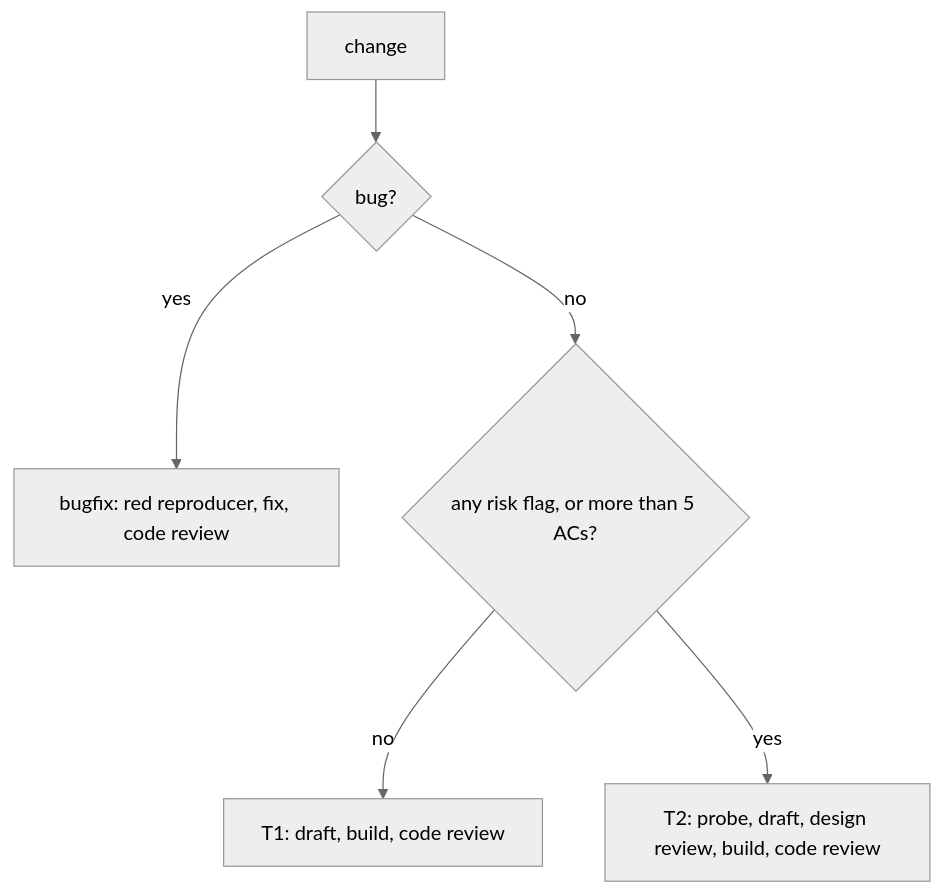
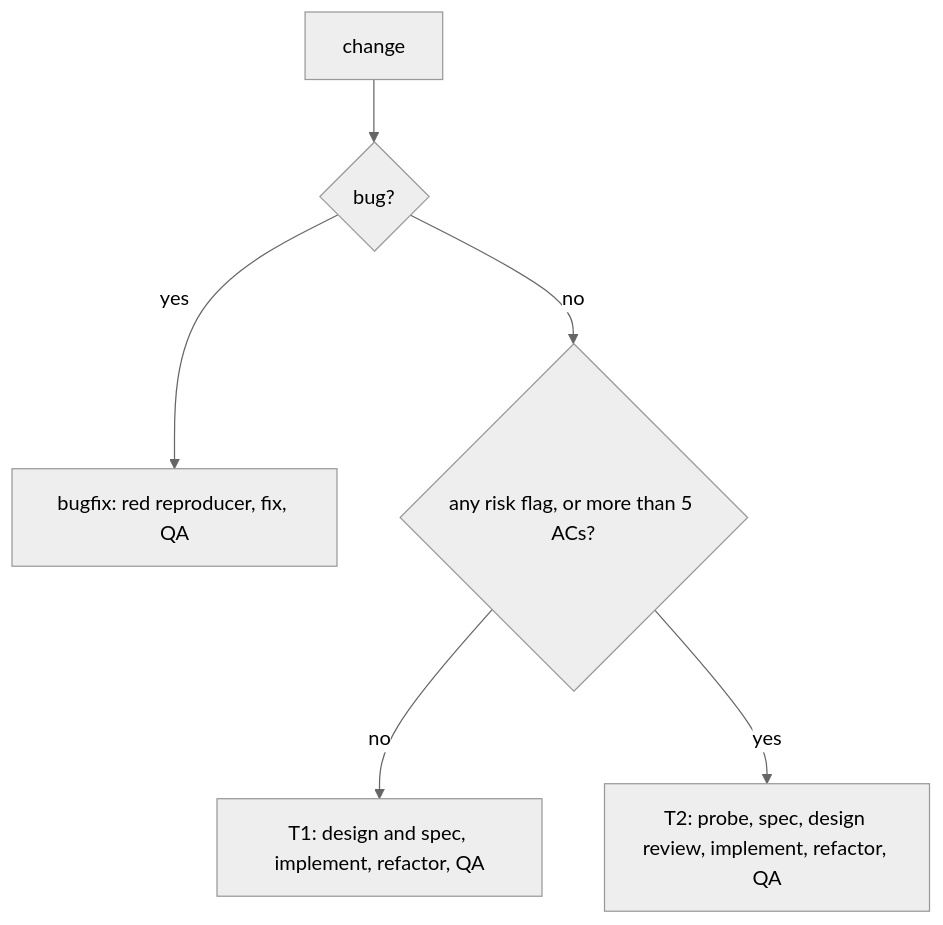
One commit to sibulus13/claudence changed the diagram in skills/dark-factory/SPEC-STANDARD-V3.md. Above: the diagram before and after it, drawn with Mermaid (neutral theme). The commit also changed other lines of this file and 4 other files, not shown here.

First line of the commit message:
docs: adopt the five-stage flow; QA replaces code review; findings block on likelihood and severity (D76)

````diff
--- a/skills/dark-factory/SPEC-STANDARD-V3.md
+++ b/skills/dark-factory/SPEC-STANDARD-V3.md
@@ -3,8 +3,8 @@
 ```mermaid
 flowchart TD
   C["change"] --> K{"bug?"}
-  K -- "yes" --> B["bugfix: red reproducer, fix, code review"]
+  K -- "yes" --> B["bugfix: red reproducer, fix, QA"]
   K -- "no" --> R{"any risk flag, or more than 5 ACs?"}
-  R -- "no" --> T1["T1: draft, build, code review"]
-  R -- "yes" --> T2["T2: probe, draft, design review, build, code review"]
+  R -- "no" --> T1["T1: design and spec, implement, refactor, QA"]
+  R -- "yes" --> T2["T2: probe, spec, design review, implement, refactor, QA"]
 ```
````
